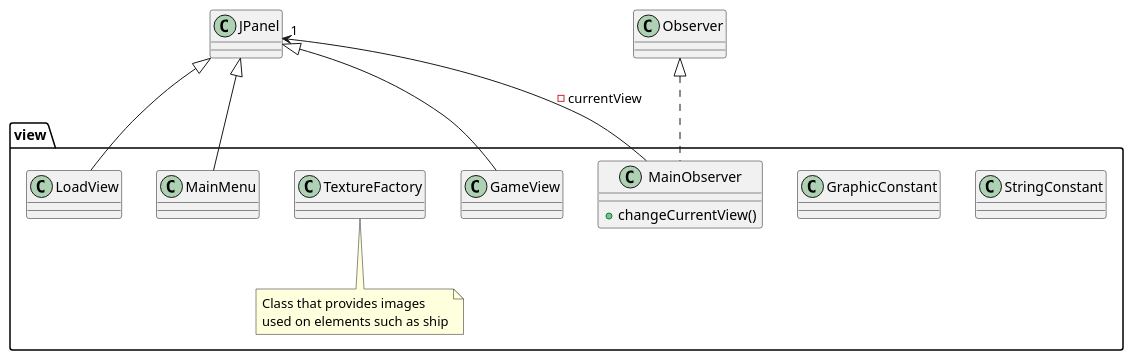
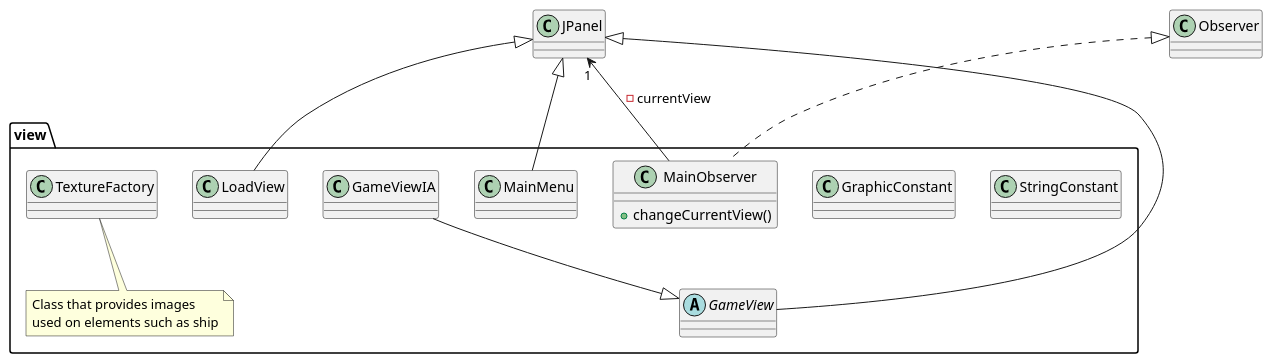
One commit to Reynault/ShipShop changed the diagram in doc/conception/pmul/class/view.puml. Above: the diagram before and after it, drawn with PlantUML. The commit also changed 6 other files, not shown here.

Commit message:
Update diagrams

```diff
--- a/doc/conception/pmul/class/view.puml
+++ b/doc/conception/pmul/class/view.puml
@@ -1,52 +1,58 @@
 @startuml
 
 package view{
 
     class StringConstant{
 
     }
 
     class GraphicConstant{
 
     }
 
     class MainObserver{
         + changeCurrentView()
     }
 
 
     class LoadView{
 
     }
 
     class TextureFactory{
 
     }
     note bottom: Class that provides images\nused on elements such as ship
 
     class MainMenu{
 
     }
 
-    class GameView{
+    abstract GameView{
+
+    }
+
+    class GameViewIA{
 
     }
 
 }
 
 class Observer{
 
 }
 
 class JPanel{
 
 }
 
 MainObserver .up.|> Observer
 MainObserver --> "1" JPanel: - currentView
 
 MainMenu -up-|> JPanel
 LoadView -up-|> JPanel
 GameView -up-|> JPanel
 
+GameViewIA --|> GameView
+
 @enduml
```
